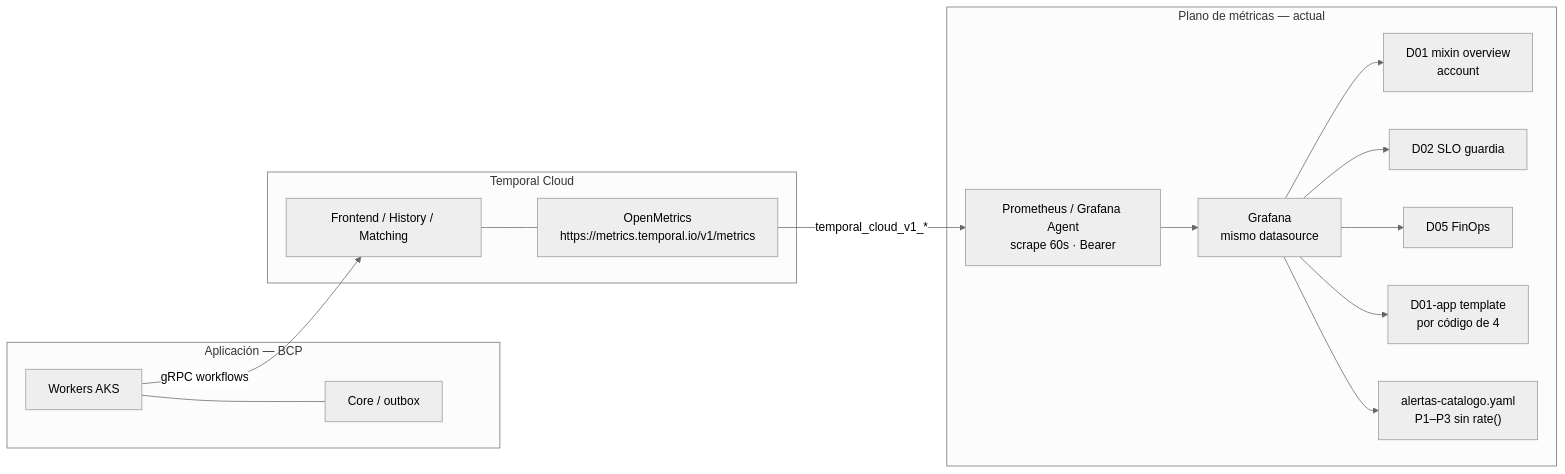
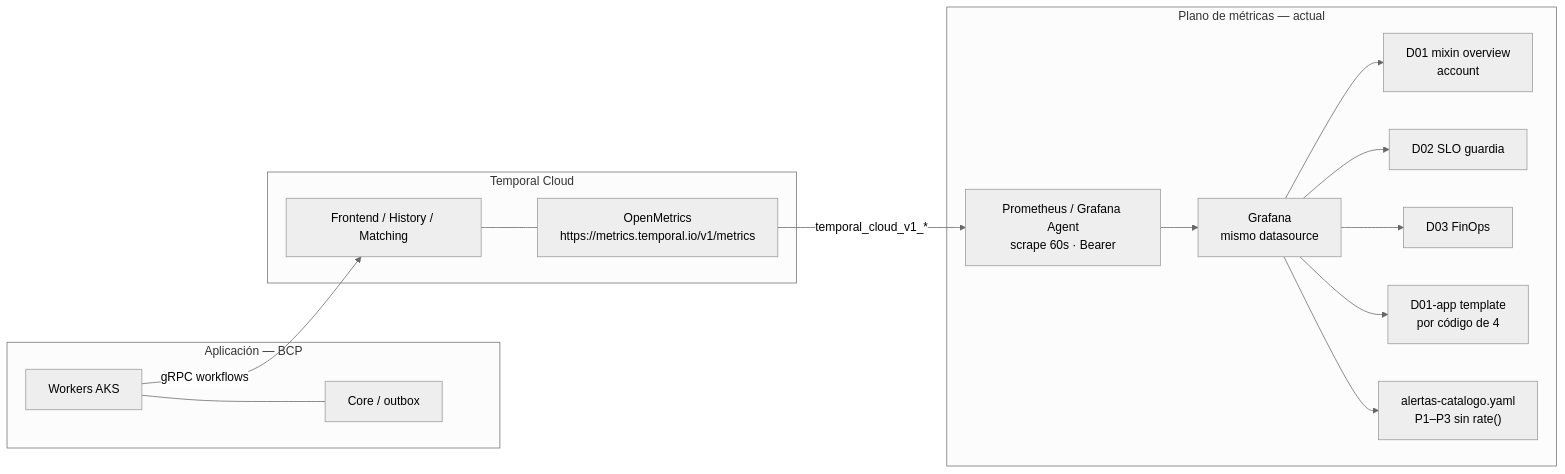
One commit to denniskano/ludhara-tech changed the second of 2 diagrams in grafana-temporal/arquitectura-metricas.md. Above: the diagram before and after it, drawn with Mermaid (neutral theme). The commit also changed other lines of this file and 17 other files, not shown here.

````diff
--- a/grafana-temporal/arquitectura-metricas.md
+++ b/grafana-temporal/arquitectura-metricas.md
@@ -46,33 +46,33 @@
 ```mermaid
 flowchart LR
   subgraph apps["Aplicación — BCP"]
     W["Workers AKS"]
     CORE["Core / outbox"]
     W --- CORE
   end
 
   subgraph tc["Temporal Cloud"]
     FE["Frontend / History / Matching"]
     OM["OpenMetrics\nhttps://metrics.temporal.io/v1/metrics"]
     FE --- OM
   end
 
   subgraph v1["Plano de métricas — actual"]
     SC["Prometheus / Grafana Agent\nscrape 60s · Bearer"]
     G1["Grafana\nmismo datasource"]
     D01["D01 mixin overview\naccount"]
     D02["D02 SLO guardia"]
-    D05["D05 FinOps"]
+    D03["D03 FinOps"]
     DAPP["D01-app template\npor código de 4"]
     AL["alertas-catalogo.yaml\nP1–P3 sin rate()"]
     OM -->|"temporal_cloud_v1_*"| SC
     SC --> G1
     G1 --> D01
     G1 --> D02
-    G1 --> D05
+    G1 --> D03
     G1 --> DAPP
     G1 --> AL
   end
 
   W -->|"gRPC workflows"| FE
 ```
````
